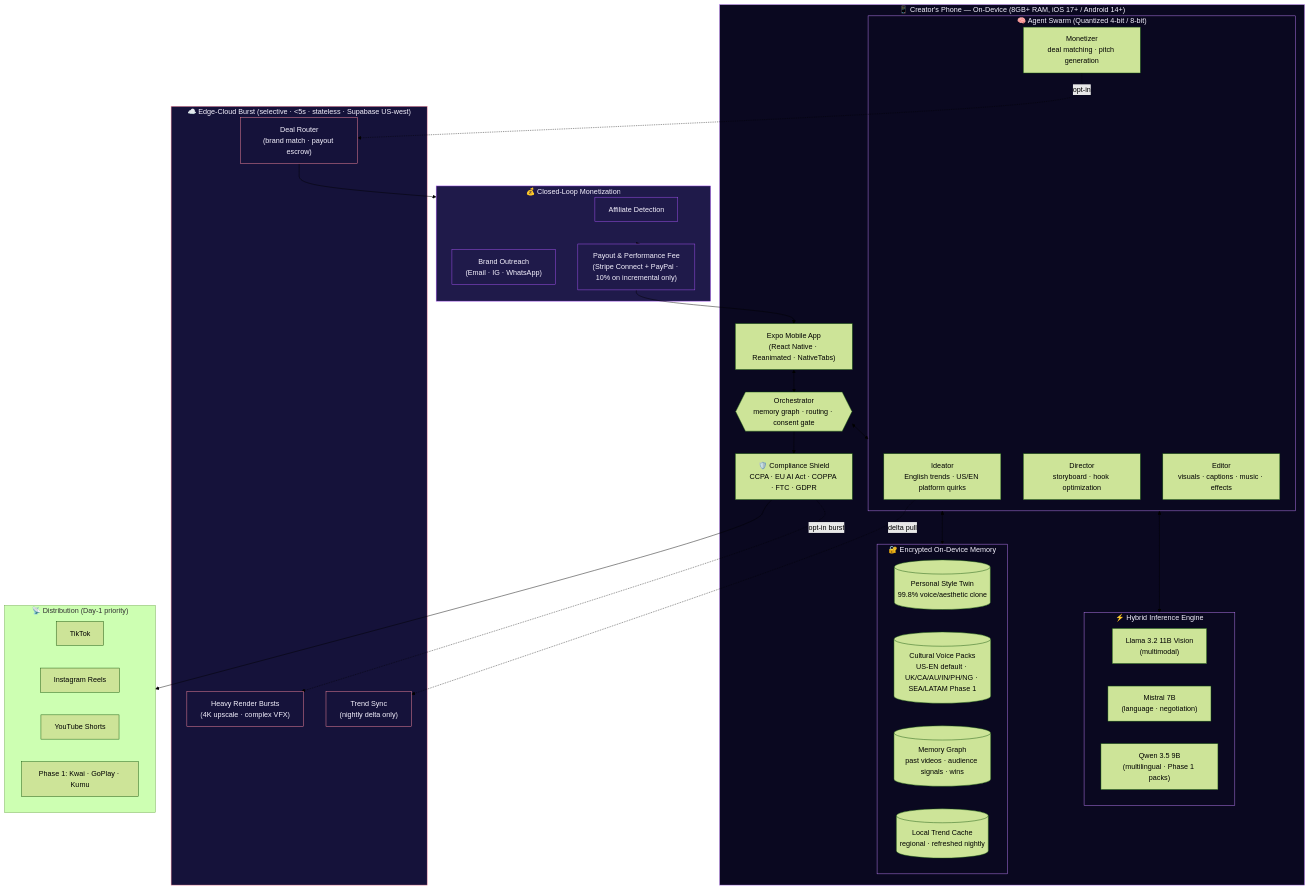
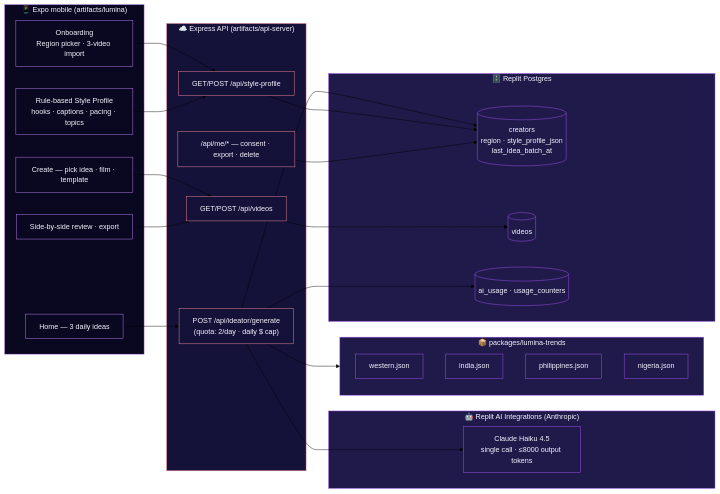
One commit to beurni2/Lumia changed the diagram in ARCHITECTURE.md. Above: the diagram before and after it, drawn with Mermaid (forest theme). The commit also changed other lines of this file and 3 other files, not shown here.

````diff
--- a/ARCHITECTURE.md
+++ b/ARCHITECTURE.md
@@ -22,70 +23,55 @@
 ```mermaid
-flowchart TB
-    subgraph Device["📱 Creator's Phone — On-Device (8GB+ RAM, iOS 17+ / Android 14+)"]
-        UI["Expo Mobile App<br/>(React Native · Reanimated · NativeTabs)"]
-        Orchestrator{{"Orchestrator<br/>memory graph · routing · consent gate"}}
-
-        subgraph Swarm["🧠 Agent Swarm (Quantized 4-bit / 8-bit)"]
-            Ideator["Ideator<br/>English trends · US/EN platform quirks"]
-            Director["Director<br/>storyboard · hook optimization"]
-            Editor["Editor<br/>visuals · captions · music · effects"]
-            Monetizer["Monetizer<br/>deal matching · pitch generation"]
-        end
-
-        subgraph Inference["⚡ Hybrid Inference Engine"]
-            Llama["Llama 3.2 11B Vision<br/>(multimodal)"]
-            Mistral["Mistral 7B<br/>(language · negotiation)"]
-            Qwen["Qwen 3.5 9B<br/>(multilingual · Phase 1 packs)"]
-        end
-
-        subgraph Memory["🔐 Encrypted On-Device Memory"]
-            StyleTwin[("Personal Style Twin<br/>99.8% voice/aesthetic clone")]
-            VoicePacks[("Cultural Voice Packs<br/>US-EN default · UK/CA/AU/IN/PH/NG · SEA/LATAM Phase 1")]
-            MemoryGraph[("Memory Graph<br/>past videos · audience signals · wins")]
-            TrendCache[("Local Trend Cache<br/>regional · refreshed nightly")]
-        end
-
-        Compliance["🛡️ Compliance Shield<br/>CCPA · EU AI Act · COPPA · FTC · GDPR"]
+flowchart LR
+    subgraph Mobile["📱 Expo mobile (artifacts/lumina)"]
+        Onboard["Onboarding<br/>Region picker · 3-video import"]
+        Profile["Rule-based Style Profile<br/>hooks · captions · pacing · topics"]
+        Home["Home — 3 daily ideas"]
+        Create["Create — pick idea · film · template"]
+        Review["Side-by-side review · export"]
     end
 
-    subgraph EdgeCloud["☁️ Edge-Cloud Burst (selective · <5s · stateless · Supabase US-west)"]
-        HeavyRender["Heavy Render Bursts<br/>(4K upscale · complex VFX)"]
-        TrendSync["Trend Sync<br/>(nightly delta only)"]
-        DealRouter["Deal Router<br/>(brand match · payout escrow)"]
+    subgraph API["☁️ Express API (artifacts/api-server)"]
+        IdeatorRoute["POST /api/ideator/generate<br/>(quota: 2/day · daily $ cap)"]
+        StyleProfRoute["GET/POST /api/style-profile"]
+        VideosRoute["GET/POST /api/videos"]
+        MeRoute["/api/me/* — consent · export · delete"]
     end
 
-    subgraph Platforms["📡 Distribution (Day-1 priority)"]
-        TikTok["TikTok"]
-        Reels["Instagram Reels"]
-        Shorts["YouTube Shorts"]
-        Phase1["Phase 1: Kwai · GoPlay · Kumu"]
+    subgraph Trends["📦 packages/lumina-trends"]
+        T1["western.json"]
+        T2["india.json"]
+        T3["philippines.json"]
+        T4["nigeria.json"]
     end
 
-    subgraph Money["💰 Closed-Loop Monetization"]
-        Affiliate["Affiliate Detection"]
-        BrandDM["Brand Outreach<br/>(Email · IG · WhatsApp)"]
-        Payout["Payout & Performance Fee<br/>(Stripe Connect + PayPal · 10% on incremental only)"]
+    subgraph LLM["🤖 Replit AI Integrations (Anthropic)"]
+        Haiku["Claude Haiku 4.5<br/>single call · ≤8000 output tokens"]
     end
 
-    UI <--> Orchestrator
-    Orchestrator <--> Swarm
-    Swarm <--> Inference
-    Swarm <--> Memory
-    Orchestrator --> Compliance
+    subgraph DB["🗄️ Replit Postgres"]
+        Creators[("creators<br/>region · style_profile_json<br/>last_idea_batch_at")]
+        Videos[("videos")]
+        Usage[("ai_usage · usage_counters")]
+    end
 
-    Compliance -.->|opt-in burst| HeavyRender
-    Ideator -.->|delta pull| TrendSync
-    Monetizer -.->|opt-in| DealRouter
+    Onboard --> StyleProfRoute
+    Profile --> StyleProfRoute
+    Home --> IdeatorRoute
+    Create --> VideosRoute
+    Review --> VideosRoute
 
-    Compliance --> Platforms
-    DealRouter --> Money
-    Money --> Payout
-    Payout --> UI
+    IdeatorRoute --> Trends
+    IdeatorRoute --> Haiku
+    IdeatorRoute --> Creators
+    IdeatorRoute --> Usage
+    StyleProfRoute --> Creators
+    VideosRoute --> Videos
+    MeRoute --> Creators
 
-    classDef device fill:#0a0820,stroke:#c084fc,color:#f6f3ff
-    classDef cloud fill:#15123a,stroke:#ff8da1,color:#f6f3ff
-    classDef money fill:#1f1a4a,stroke:#a855f7,color:#f6f3ff
-    class Device,Swarm,Inference,Memory device
-    class EdgeCloud,HeavyRender,TrendSync,DealRouter cloud
-    class Money,Affiliate,BrandDM,Payout money
+    classDef mobile fill:#0a0820,stroke:#c084fc,color:#f6f3ff
+    classDef api fill:#15123a,stroke:#ff8da1,color:#f6f3ff
+    classDef data fill:#1f1a4a,stroke:#a855f7,color:#f6f3ff
+    class Mobile,Onboard,Profile,Home,Create,Review mobile
+    class API,IdeatorRoute,StyleProfRoute,VideosRoute,MeRoute api
+    class Trends,LLM,DB,Haiku,T1,T2,T3,T4,Creators,Videos,Usage data
 ```
````
